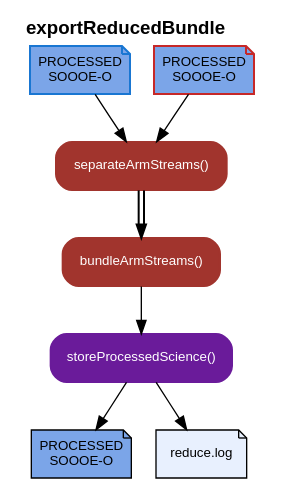
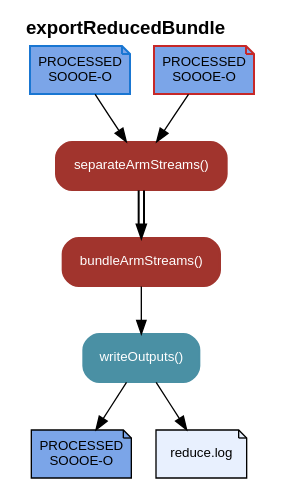
The diagram in doc/progmanuals/MAROONXDR_ProgManual/flows/exportReducedBundle.dot (GeminiDRSoftware/MAROONXDR), drawn with Graphviz before and after one commit. The commit also changed 28 other files, not shown here.

```diff
--- a/doc/progmanuals/MAROONXDR_ProgManual/flows/exportReducedBundle.dot
+++ b/doc/progmanuals/MAROONXDR_ProgManual/flows/exportReducedBundle.dot
@@ -1,64 +1,65 @@
 // Flow diagram for the `exportReducedBundle` recipe
-// (maroonxdr/maroonx/recipes/sq/recipes_ECHELLE_SPECT.py).
+// (maroonxdr/maroonx/recipes/sq/recipes_common.py).
 //
 // Conventions follow flows/nodes.dot (the node catalog).
 
 digraph exportReducedBundle {
     rankdir=TB;
     fontname="Helvetica";
     labelloc="t";
     label=<<b>exportReducedBundle</b>>;
 
     node [fontname="Helvetica", fontsize=10,
           shape=box, style="rounded,filled",
           penwidth=1.5, fontcolor=white];
     edge [fontname="Helvetica", fontsize=9];
 
     // ---- Inputs: paired per-arm reduced SCIENCE spectra -----------------
     // Pairing is by PHU ARCHNAME (the original pre-split bundle filename).
     input_blue [label="PROCESSED\nSOOOE-O",
                 shape=note, style=filled,
                 fillcolor="#7BA5E8", fontcolor=black,
                 color="#1976D2", penwidth=1.5];
 
     input_red [label="PROCESSED\nSOOOE-O",
                shape=note, style=filled,
                fillcolor="#7BA5E8", fontcolor=black,
                color="#C62828", penwidth=1.5];
 
     // ---- Primitive chain -------------------------------------------------
     separateArmStreams [label="separateArmStreams()",
                         fillcolor="#A1342D", color="#A1342D"];
 
     bundleArmStreams [label="bundleArmStreams()",
                       fillcolor="#A1342D", color="#A1342D"];
 
-    storeProcessedScience [label="storeProcessedScience()",
-                           fillcolor="#6a1b9a", color="#6a1b9a"];
+    // writeOutputs: DRAGONS core, unchanged
+    writeOutputs [label="writeOutputs()",
+                  fillcolor="#4A90A4", color="#4A90A4"];
 
     // ---- Outputs: recombined MEF bundle + log ---------------------------
-    // storeProcessedScience writes to CWD only, NOT to CalDB.
+    // writeOutputs writes to CWD only, NOT to CalDB.
     output [label="PROCESSED\nSOOOE-O",
             shape=note, style=filled,
             fillcolor="#7BA5E8", fontcolor=black,
             color=black, penwidth=1];
 
     log [label="reduce.log",
          shape=note, style=filled,
          fillcolor="#e8f0fe", fontcolor=black,
          color=black, penwidth=1];
 
     // ---- Edges: inputs converge into separateArmStreams ------------------
     { rank=same; input_blue; input_red; }
     input_blue -> separateArmStreams;
     input_red  -> separateArmStreams;
 
     // ---- Edges: split → merge (double line = two streams flow together) --
     separateArmStreams -> bundleArmStreams
         [color="black:transparent:black", penwidth=1.5];
 
     // ---- Edges: merge → store → outputs ---------------------------------
-    bundleArmStreams      -> storeProcessedScience;
-    storeProcessedScience -> output;
-    storeProcessedScience -> log;
+    bundleArmStreams -> writeOutputs;
+    writeOutputs     -> output;
+    writeOutputs     -> log;
 }
```
